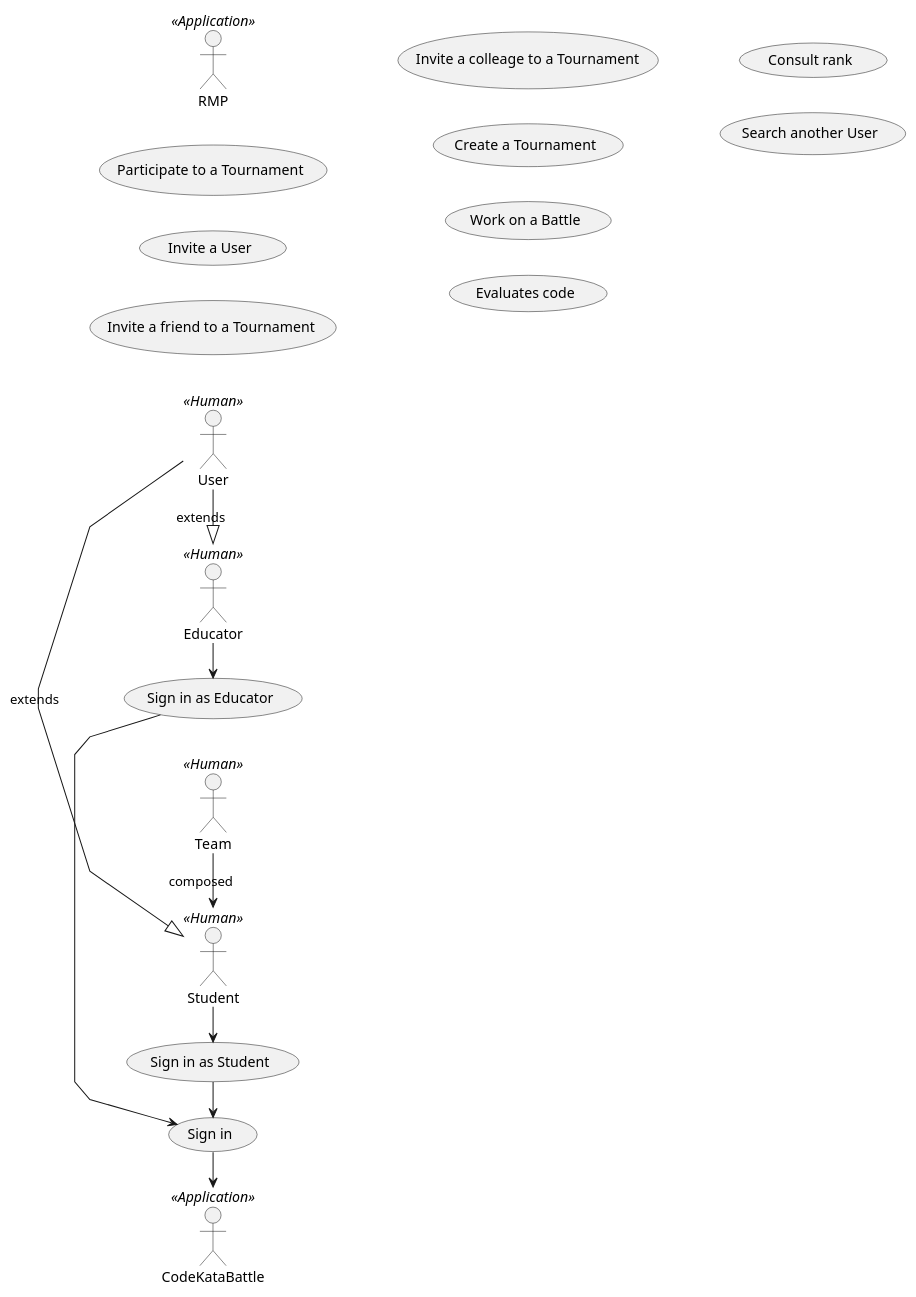
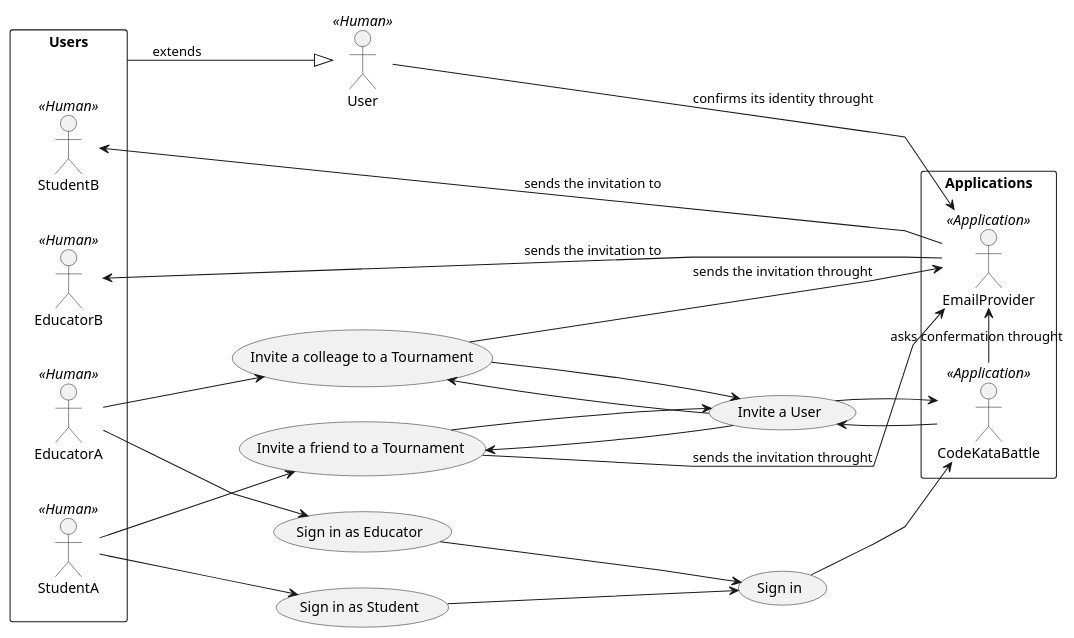
Before and after one commit to Angelo7672/SE2_Requirement-and-Design-Document: the diagram in _RASD/Images/UML/useCaseDiagram/useCase1.wsd, drawn with PlantUML. The commit also changed 2 other files, not shown here.

Commit message:
Usecase1 completed (svg included), UseCase2 almost ended

```diff
--- a/_RASD/Images/UML/useCaseDiagram/useCase1.wsd
+++ b/_RASD/Images/UML/useCaseDiagram/useCase1.wsd
@@ -1,33 +1,47 @@
 @startuml
 skinparam linetype polyline
 left to right direction
+
 :User: <<Human>>
-:Student:<<Human>>
-:Educator:<<Human>>
-:Team:<<Human>>
-:RMP:<<Application>>
-:CodeKataBattle: as CKB <<Application>>
+rectangle Users{
+    :StudentA:<<Human>>
+    :EducatorA:<<Human>>
+    :StudentB:<<Human>>
+    :EducatorB:<<Human>>
+}
+
+rectangle Applications{
+    :CodeKataBattle: as CKB <<Application>>
+    :EmailProvider: as EP <<Application>>
+}
 usecase "Sign in" as UC1
 usecase "Sign in as Student" as UC1A
 usecase "Sign in as Educator" as UC1B
-usecase "Participate to a Tournament" as UC2
 usecase "Invite a User" as UC3
 usecase "Invite a friend to a Tournament" as UC3A
 usecase "Invite a colleage to a Tournament" as UC3B
-usecase "Create a Tournament" as UC4
-usecase "Work on a Battle" as UC6
-usecase "Evaluates code" as UC7
-usecase "Consult rank" as UC8
-usecase "Search another User" as UC9
-
-User -|> Student: extends
-User -|> Educator: extends
-Team -> Student: composed
-Educator -> UC1B
-Student -> UC1A
-UC1B -> UC1
-UC1A -> UC1
-UC1 -> CKB
 
 
+Users --|> User: extends
+StudentA --> UC1A
+EducatorA --> UC1B
+UC1A --> UC1
+UC1B --> UC1
+UC1 --> CKB
+StudentA --> UC3A
+EducatorA --> UC3B
+UC3A --> UC3
+UC3B --> UC3
+UC3 --> CKB
+
+CKB -left-> EP: asks confermation throught
+User -> EP: confirms its identity throught
+CKB -left-> UC3
+UC3 -left-> UC3A
+UC3 -left-> UC3B
+UC3A -> EP: sends the invitation throught
+UC3B -> EP: sends the invitation throught
+EP -left-> StudentB: sends the invitation to
+EP -left-> EducatorB: sends the invitation to
+
 @enduml
```
